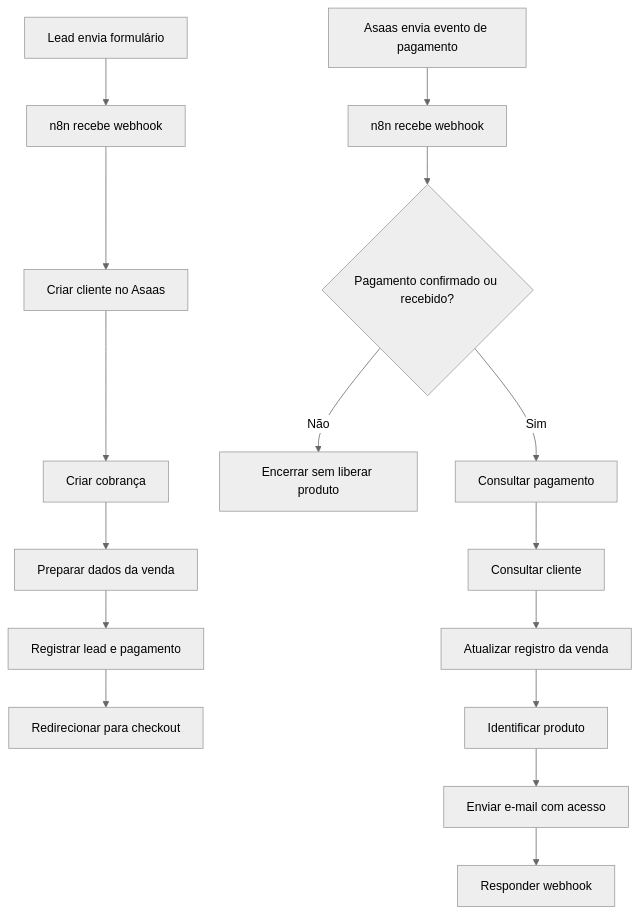
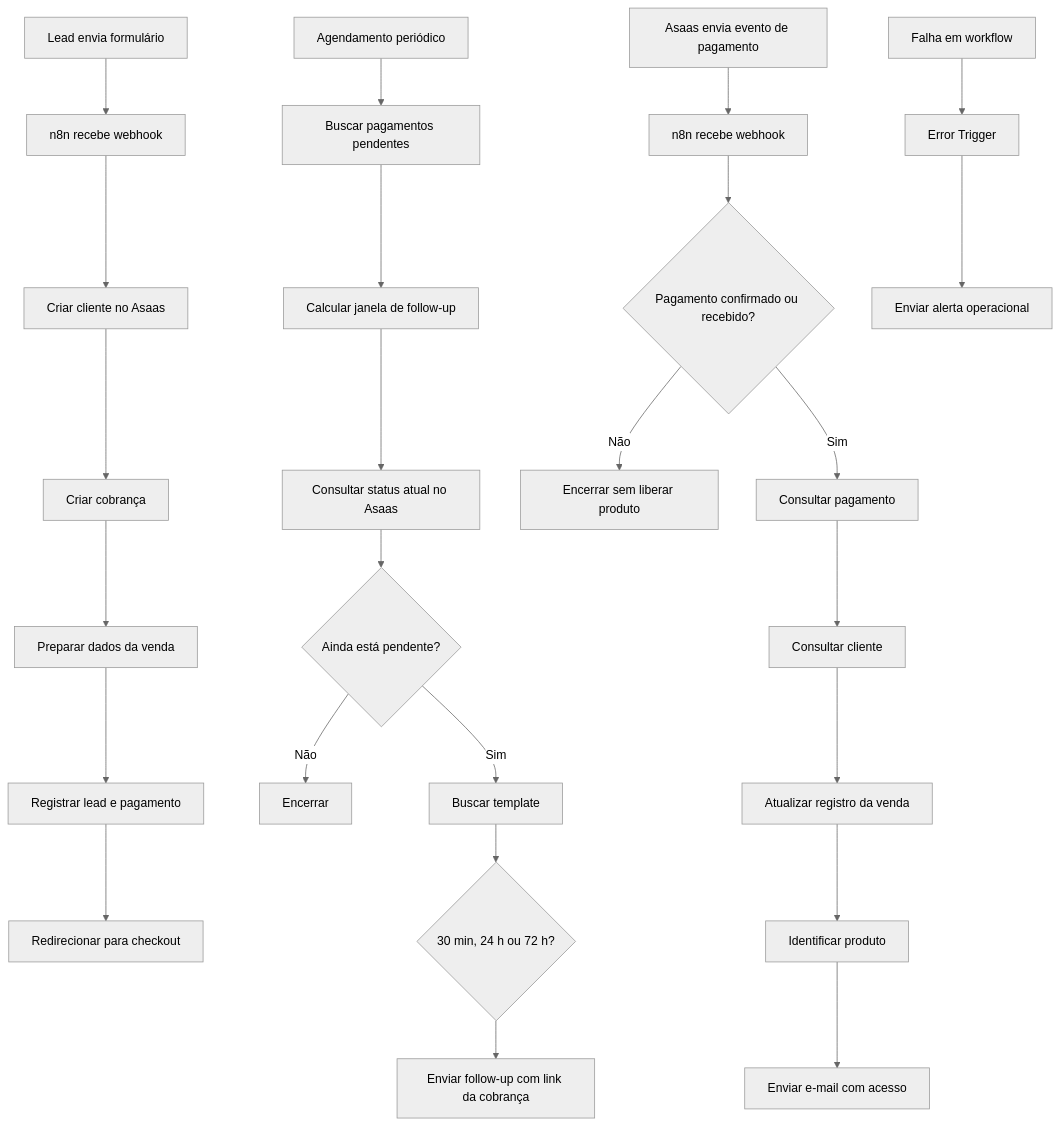
One commit to brendast-ai/brendast-ai changed the diagram in cases/automacao-jornada-compra-n8n.md. Above: the diagram before and after it, drawn with Mermaid (neutral theme). The commit also changed other lines of this file, not shown here.

Commit message:
docs: expand n8n case with payment recovery and error monitoring

````diff
--- a/cases/automacao-jornada-compra-n8n.md
+++ b/cases/automacao-jornada-compra-n8n.md
@@ -38,19 +38,30 @@
 ```mermaid
 flowchart TD
     A[Lead envia formulário] --> B[n8n recebe webhook]
     B --> C[Criar cliente no Asaas]
     C --> D[Criar cobrança]
     D --> E[Preparar dados da venda]
     E --> F[Registrar lead e pagamento]
     F --> G[Redirecionar para checkout]
 
-    H[Asaas envia evento de pagamento] --> I[n8n recebe webhook]
-    I --> J{Pagamento confirmado ou recebido?}
-    J -- Não --> K[Encerrar sem liberar produto]
-    J -- Sim --> L[Consultar pagamento]
-    L --> M[Consultar cliente]
-    M --> N[Atualizar registro da venda]
-    N --> O[Identificar produto]
-    O --> P[Enviar e-mail com acesso]
-    P --> Q[Responder webhook]
+    H[Agendamento periódico] --> I[Buscar pagamentos pendentes]
+    I --> J[Calcular janela de follow-up]
+    J --> K[Consultar status atual no Asaas]
+    K --> L{Ainda está pendente?}
+    L -- Não --> M[Encerrar]
+    L -- Sim --> N[Buscar template]
+    N --> O{30 min, 24 h ou 72 h?}
+    O --> P[Enviar follow-up com link da cobrança]
+
+    Q[Asaas envia evento de pagamento] --> R[n8n recebe webhook]
+    R --> S{Pagamento confirmado ou recebido?}
+    S -- Não --> T[Encerrar sem liberar produto]
+    S -- Sim --> U[Consultar pagamento]
+    U --> V[Consultar cliente]
+    V --> W[Atualizar registro da venda]
+    W --> X[Identificar produto]
+    X --> Y[Enviar e-mail com acesso]
+
+    Z[Falha em workflow] --> AA[Error Trigger]
+    AA --> AB[Enviar alerta operacional]
 ```
````
